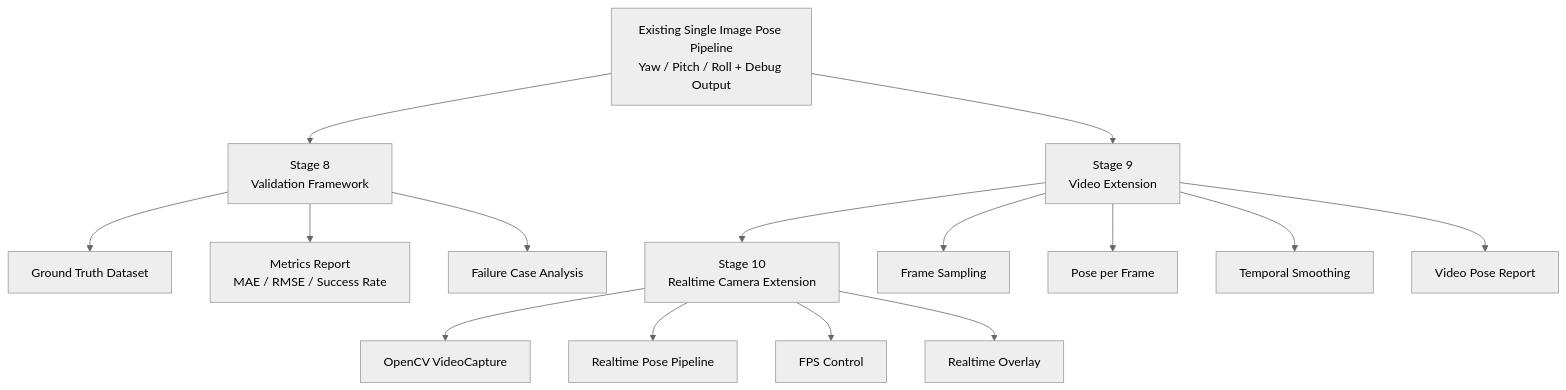
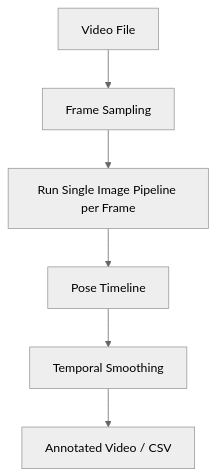
One commit to Rt209/camera-angle changed the second of 3 diagrams in breakdown/01_Geometry_Based_Pose/04_Implementation/stage_8_10_validation_video_realtime.md. Above: the diagram before and after it, drawn with Mermaid (neutral theme). The commit also changed other lines of this file and 8 other files, not shown here.

````diff
--- a/breakdown/01_Geometry_Based_Pose/04_Implementation/stage_8_10_validation_video_realtime.md
+++ b/breakdown/01_Geometry_Based_Pose/04_Implementation/stage_8_10_validation_video_realtime.md
@@ -46,20 +44,8 @@
 ```mermaid
 flowchart TD
-    A[Existing Single Image Pose Pipeline<br/>Yaw / Pitch / Roll + Debug Output] --> B[Stage 8<br/>Validation Framework]
-    A --> C[Stage 9<br/>Video Extension]
-    C --> D[Stage 10<br/>Realtime Camera Extension]
-
-    B --> B1[Ground Truth Dataset]
-    B --> B2[Metrics Report<br/>MAE / RMSE / Success Rate]
-    B --> B3[Failure Case Analysis]
-
-    C --> C1[Frame Sampling]
-    C --> C2[Pose per Frame]
-    C --> C3[Temporal Smoothing]
-    C --> C4[Video Pose Report]
-
-    D --> D1[OpenCV VideoCapture]
-    D --> D2[Realtime Pose Pipeline]
-    D --> D3[FPS Control]
-    D --> D4[Realtime Overlay]
+    A[Video File] --> B[Frame Sampling]
+    B --> C[Run Single Image Pipeline per Frame]
+    C --> D[Pose Timeline]
+    D --> E[Temporal Smoothing]
+    E --> F[Annotated Video / CSV]
 ```
````
